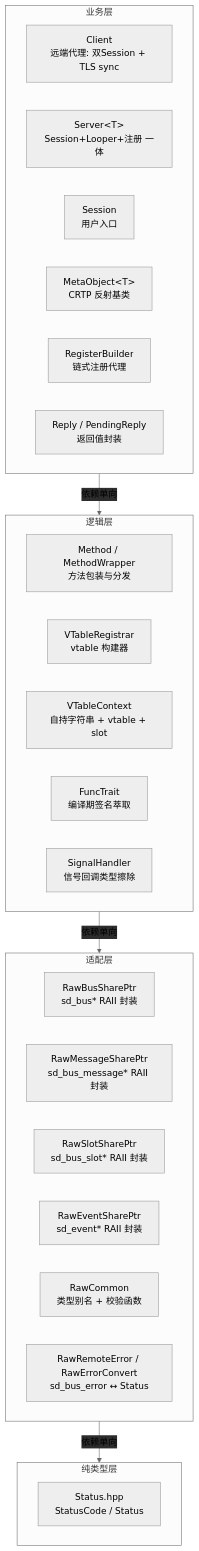
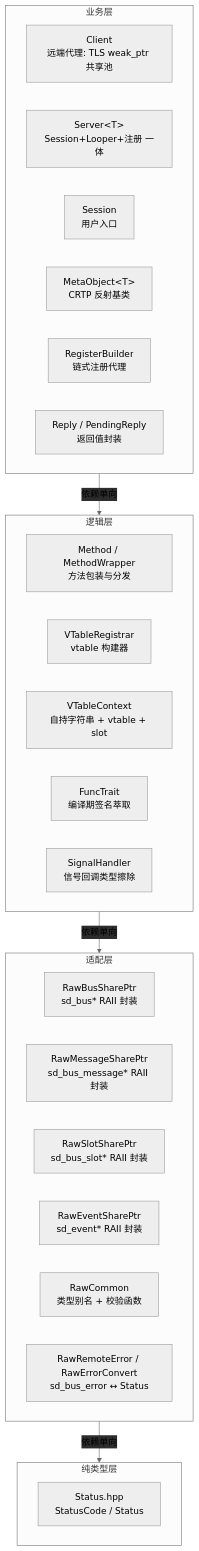
One commit to soul-science/dbusxx changed the first of 2 diagrams in plan.md. Above: the diagram before and after it, drawn with Mermaid. The commit also changed other lines of this file and 23 other files, not shown here.

````diff
--- a/plan.md
+++ b/plan.md
@@ -149,37 +159,37 @@
 ```mermaid
 %%{init: {'theme': 'neutral', 'themeVariables': { 'edgeLabelBackground':'#2d2d2d' }}}%%
 graph TD
     subgraph 业务层["业务层"]
-        Client["Client<br/>远端代理: 双Session + TLS sync"]
+        Client["Client<br/>远端代理: TLS weak_ptr 共享池"]
         Server["Server&lt;T&gt;<br/>Session+Looper+注册 一体"]
         Session["Session<br/>用户入口"]
         MetaObject["MetaObject&lt;T&gt;<br/>CRTP 反射基类"]
         RegisterBuilder["RegisterBuilder<br/>链式注册代理"]
         Reply["Reply / PendingReply<br/>返回值封装"]
     end
 
     subgraph 逻辑层["逻辑层"]
         Method["Method / MethodWrapper<br/>方法包装与分发"]
         VTableRegistrar["VTableRegistrar<br/>vtable 构建器"]
         VTableContext["VTableContext<br/>自持字符串 + vtable + slot"]
         FuncTrait["FuncTrait<br/>编译期签名萃取"]
         SignalHandler["SignalHandler<br/>信号回调类型擦除"]
     end
 
     subgraph 适配层["适配层"]
         RawBus["RawBusSharePtr<br/>sd_bus* RAII 封装"]
         RawMsg["RawMessageSharePtr<br/>sd_bus_message* RAII 封装"]
         RawSlot["RawSlotSharePtr<br/>sd_bus_slot* RAII 封装"]
         RawEvent["RawEventSharePtr<br/>sd_event* RAII 封装"]
         RawCommon["RawCommon<br/>类型别名 + 校验函数"]
         RawError["RawRemoteError / RawErrorConvert<br/>sd_bus_error ↔ Status"]
     end
 
     subgraph 纯类型层["纯类型层"]
         Status["Status.hpp<br/>StatusCode / Status"]
     end
 
     业务层 -->|依赖单向| 逻辑层
     逻辑层 -->|依赖单向| 适配层
     适配层 -->|依赖单向| 纯类型层
 ```
````
